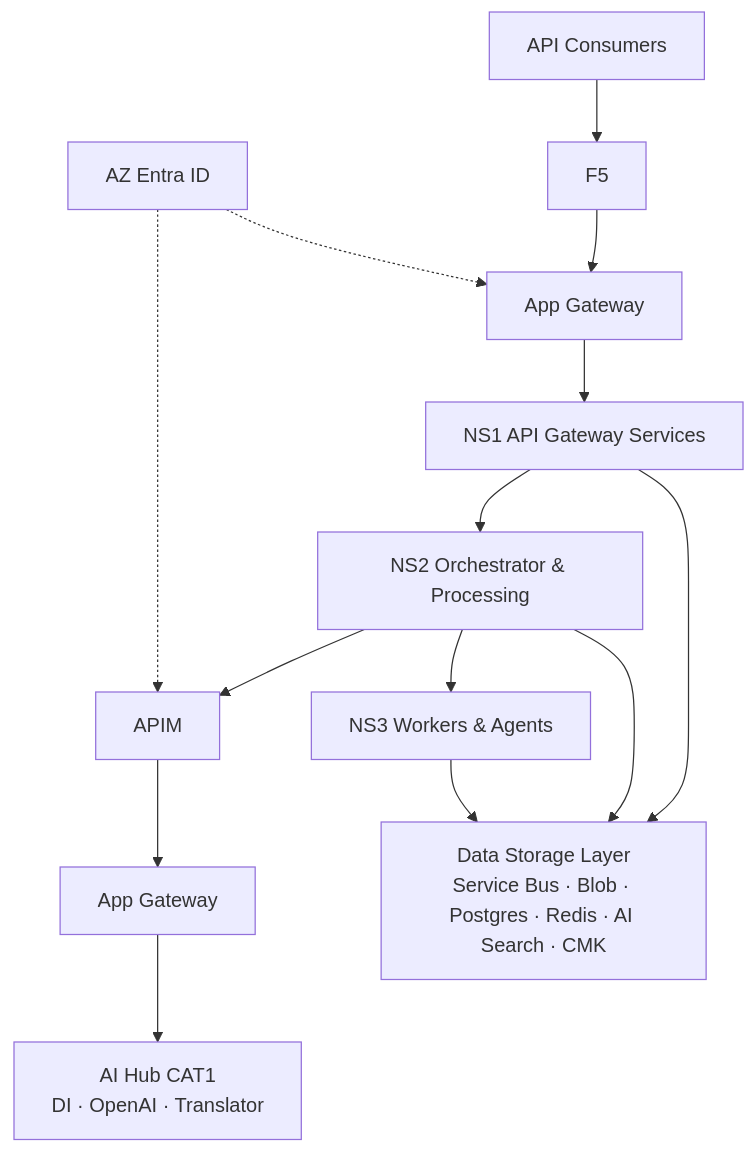
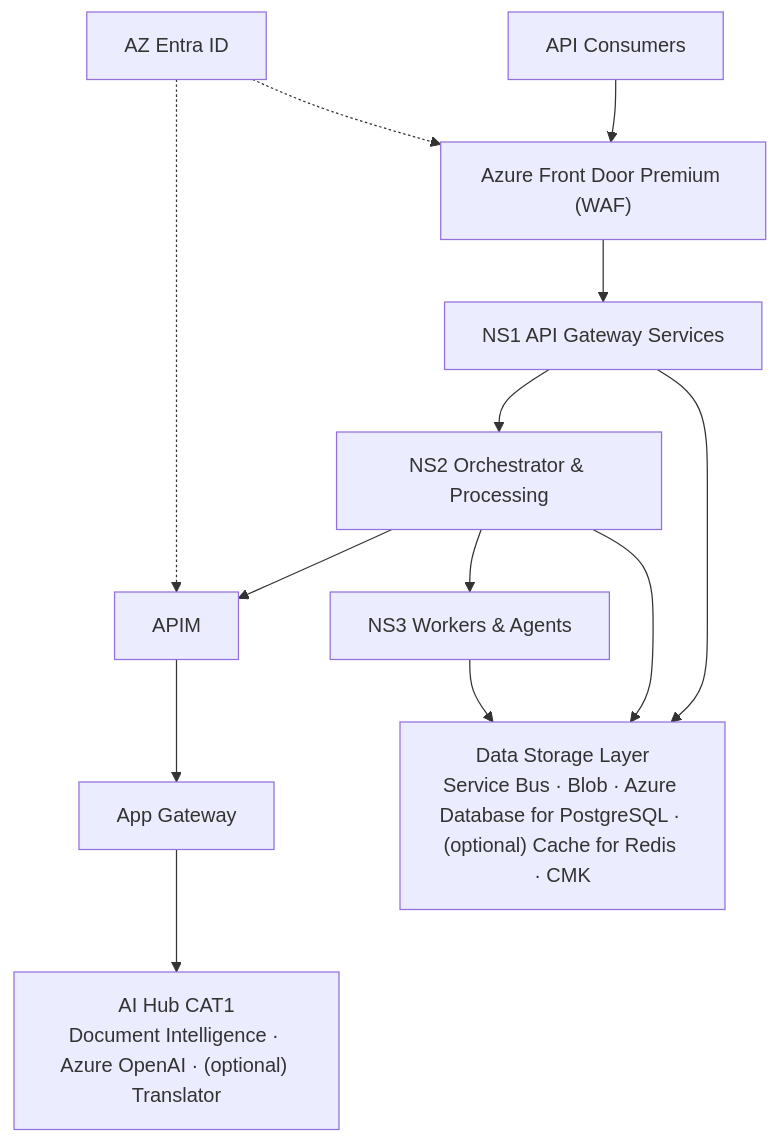
Before and after one commit to Vishwas2311/document-extractor-translator-: the diagram in docs/diagrams/README.md, drawn with Mermaid. The commit also changed other lines of this file and 10 other files, not shown here.

````diff
--- a/docs/diagrams/README.md
+++ b/docs/diagrams/README.md
@@ -85,16 +94,16 @@
 ```mermaid
 flowchart TB
-  Consumers["API Consumers"] --> F5["F5"] --> AGW["App Gateway"]
+  Consumers["API Consumers"] --> AGW["Azure Front Door Premium (WAF)"]
   AGW --> NS1["NS1 API Gateway Services"]
   NS1 --> NS2["NS2 Orchestrator & Processing"]
   NS2 --> NS3["NS3 Workers & Agents"]
 
-  NS2 --> APIM["APIM"] --> AGW2["App Gateway"] --> AIHub["AI Hub CAT1<br/>DI · OpenAI · Translator"]
+  NS2 --> APIM["APIM"] --> AGW2["App Gateway"] --> AIHub["AI Hub CAT1<br/>Document Intelligence · Azure OpenAI · (optional) Translator"]
 
-  NS1 --> Data["Data Storage Layer<br/>Service Bus · Blob · Postgres · Redis · AI Search · CMK"]
+  NS1 --> Data["Data Storage Layer<br/>Service Bus · Blob · Azure Database for PostgreSQL · (optional) Cache for Redis · CMK"]
   NS2 --> Data
   NS3 --> Data
 
   Entra["AZ Entra ID"] -.-> AGW
   Entra -.-> APIM
 ```
````
